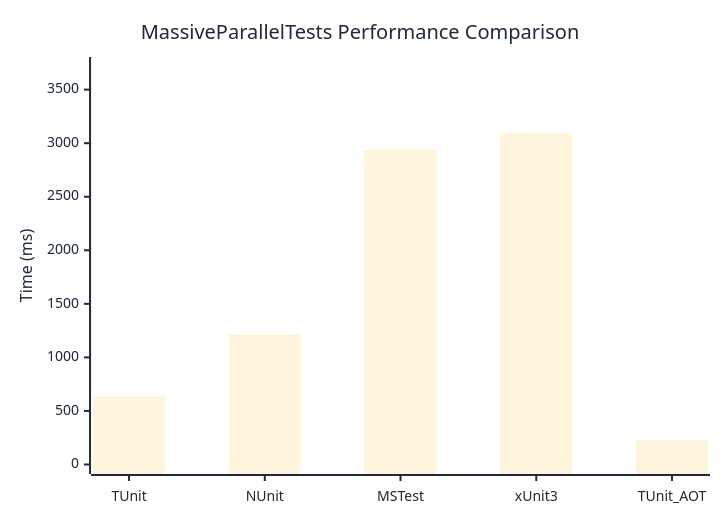
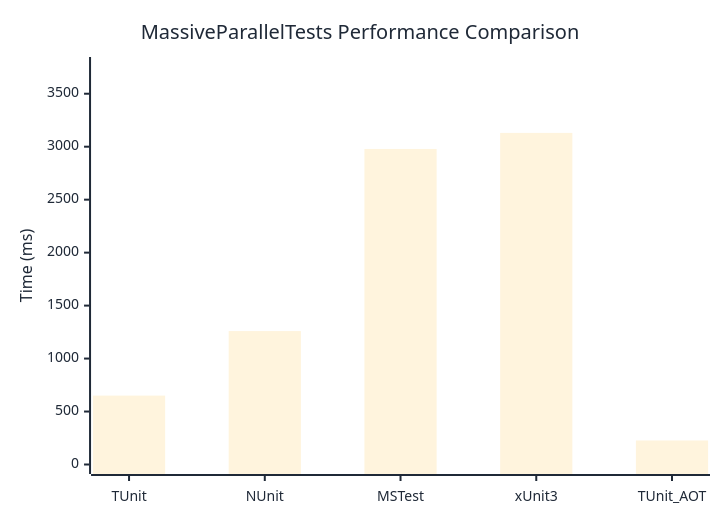
One commit to thomhurst/TUnit changed the diagram in docs/docs/benchmarks/MassiveParallelTests.md. Above: the diagram before and after it, drawn with Mermaid. The commit also changed other lines of this file and 17 other files, not shown here.

````diff
--- a/docs/docs/benchmarks/MassiveParallelTests.md
+++ b/docs/docs/benchmarks/MassiveParallelTests.md
@@ -27,37 +27,37 @@
 ```mermaid
 %%{init: {
   'theme':'base',
   'themeVariables': {
     'primaryColor': '#2563eb',
     'primaryTextColor': '#1f2937',
     'primaryBorderColor': '#1e40af',
     'lineColor': '#6b7280',
     'secondaryColor': '#7c3aed',
     'tertiaryColor': '#dc2626',
     'background': '#ffffff',
     'mainBkg': '#2563eb',
     'secondBkg': '#7c3aed',
     'tertiaryBkg': '#dc2626',
     'clusterBkg': '#f3f4f6',
     'edgeLabelBackground': '#ffffff',
     'tertiaryTextColor': '#1f2937',
     'pie1': '#2563eb',
     'pie2': '#7c3aed',
     'pie3': '#dc2626',
     'pie4': '#f59e0b',
     'pie5': '#10b981',
     'pie6': '#06b6d4',
     'pie7': '#ec4899',
     'pie8': '#6366f1',
     'pie9': '#84cc16',
     'pie10': '#f97316',
     'pie11': '#14b8a6',
     'pie12': '#a855f7'
   }
 }}%%
 xychart-beta
   title "MassiveParallelTests Performance Comparison"
   x-axis ["TUnit", "NUnit", "MSTest", "xUnit3", "TUnit_AOT"]
-  y-axis "Time (ms)" 0 --> 3716
-  bar [634.3, 1214.9, 2938.3, 3096.3, 225.1]
+  y-axis "Time (ms)" 0 --> 3757
+  bar [650.5, 1259.6, 2978.6, 3130.1, 226.8]
 ```
````
